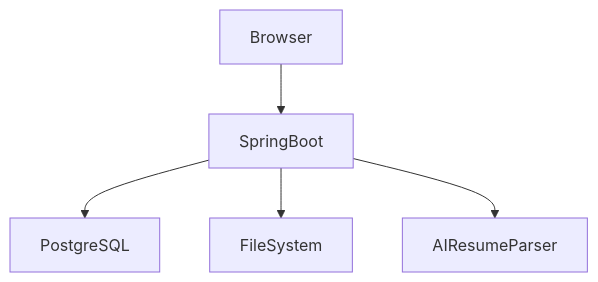
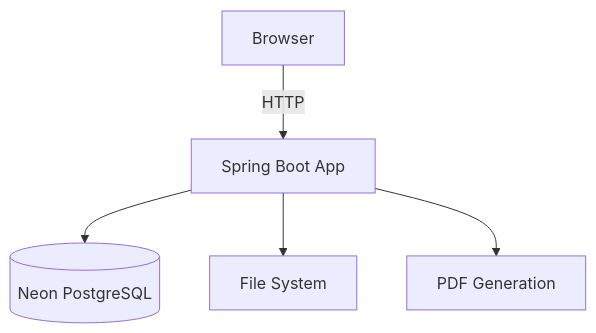
Before and after one commit to TheComputationalCore/employee-management: the diagram in README.md, drawn with Mermaid. The commit also changed other lines of this file, not shown here.

````diff
--- a/README.md
+++ b/README.md
@@ -133,7 +128,8 @@
 ```mermaid
 graph TD
-    Browser --> SpringBoot
-    SpringBoot --> PostgreSQL
-    SpringBoot --> FileSystem
-    SpringBoot --> AIResumeParser
+    Browser[Browser]
+    Browser -->|HTTP| SpringBoot[Spring Boot App]
+    SpringBoot --> PostgreSQL[(Neon PostgreSQL)]
+    SpringBoot --> FileStorage[File System]
+    SpringBoot --> PDF[PDF Generation]
 ```
````
